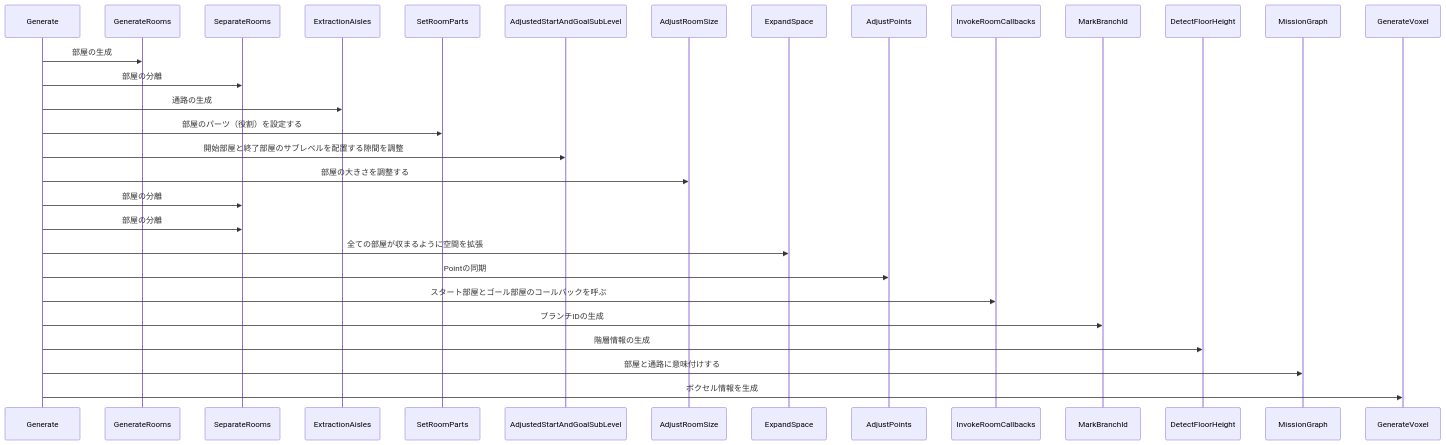
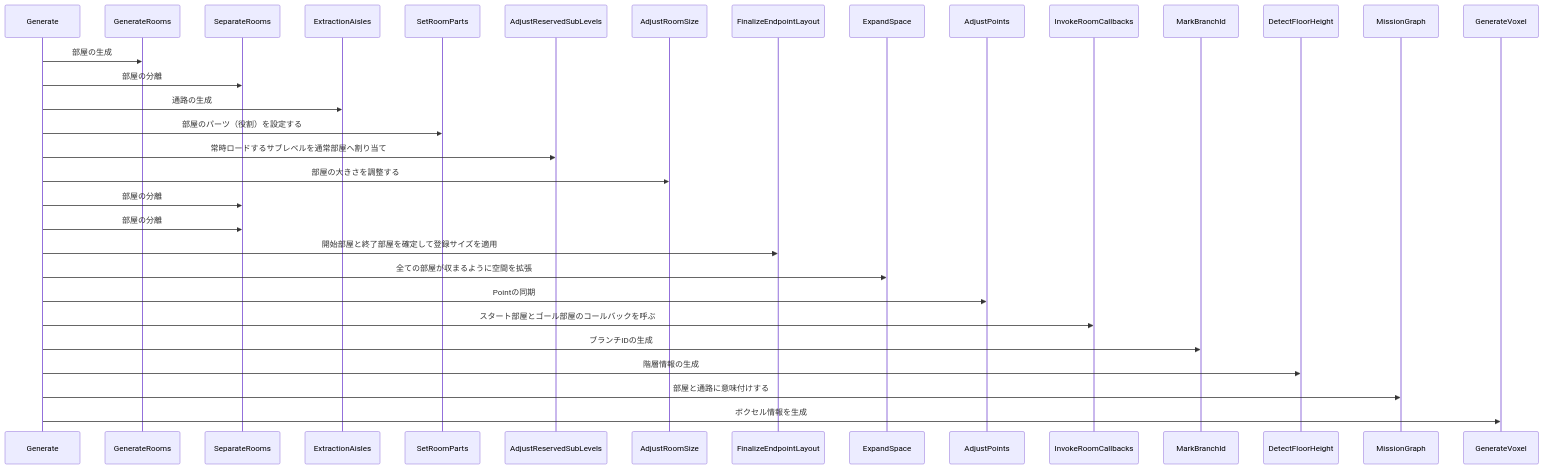
One commit to shun126/DungeonGenerator changed the fifth of 6 diagrams in Source/DungeonGenerator/Private/README.md. Above: the diagram before and after it, drawn with Mermaid. The commit also changed other lines of this file and 332 other files, not shown here.

````diff
--- a/Source/DungeonGenerator/Private/README.md
+++ b/Source/DungeonGenerator/Private/README.md
@@ -113,18 +113,19 @@
 ```mermaid
 sequenceDiagram
     Generate ->> GenerateRooms : 部屋の生成
     Generate ->> SeparateRooms : 部屋の分離
     Generate ->> ExtractionAisles : 通路の生成
     Generate ->> SetRoomParts : 部屋のパーツ（役割）を設定する
-    Generate ->> AdjustedStartAndGoalSubLevel : 開始部屋と終了部屋のサブレベルを配置する隙間を調整
+    Generate ->> AdjustReservedSubLevels : 常時ロードするサブレベルを通常部屋へ割り当て
     Generate ->> AdjustRoomSize : 部屋の大きさを調整する
     Generate ->> SeparateRooms : 部屋の分離
     Generate ->> SeparateRooms : 部屋の分離
+    Generate ->> FinalizeEndpointLayout : 開始部屋と終了部屋を確定して登録サイズを適用
     Generate ->> ExpandSpace : 全ての部屋が収まるように空間を拡張
     Generate ->> AdjustPoints : Pointの同期
     Generate ->> InvokeRoomCallbacks : スタート部屋とゴール部屋のコールバックを呼ぶ
     Generate ->> MarkBranchId : ブランチIDの生成
     Generate ->> DetectFloorHeight : 階層情報の生成
     Generate ->> MissionGraph : 部屋と通路に意味付けする
     Generate ->> GenerateVoxel : ボクセル情報を生成
 ```
````
